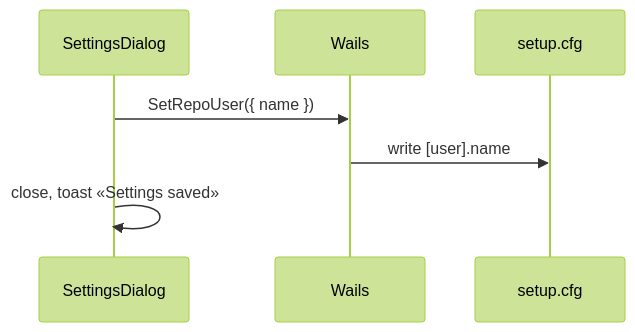
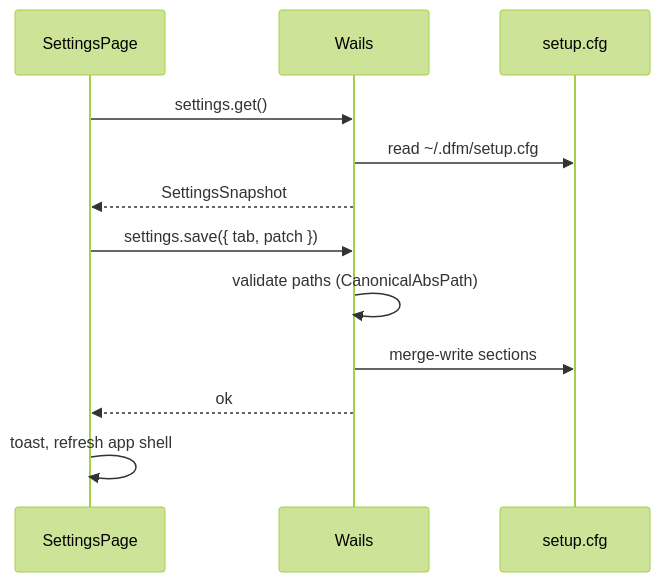
Before and after one commit to DSLitvinov/difference-machine: the diagram in .cursor/interface/settings-dialog.md, drawn with Mermaid (forest theme). The commit also changed other lines of this file and 4 other files, not shown here.

````diff
--- a/.cursor/interface/settings-dialog.md
+++ b/.cursor/interface/settings-dialog.md
@@ -54,10 +343,16 @@
 ```mermaid
 sequenceDiagram
-  participant UI as SettingsDialog
+  participant UI as SettingsPage
   participant W as Wails
   participant C as setup.cfg
 
-  UI->>W: SetRepoUser({ name })
-  W->>C: write [user].name
-  UI->>UI: close, toast «Settings saved»
+  UI->>W: settings.get()
+  W->>C: read ~/.dfm/setup.cfg
+  W-->>UI: SettingsSnapshot
+
+  UI->>W: settings.save({ tab, patch })
+  W->>W: validate paths (CanonicalAbsPath)
+  W->>C: merge-write sections
+  W-->>UI: ok
+  UI->>UI: toast, refresh app shell
 ```
````
